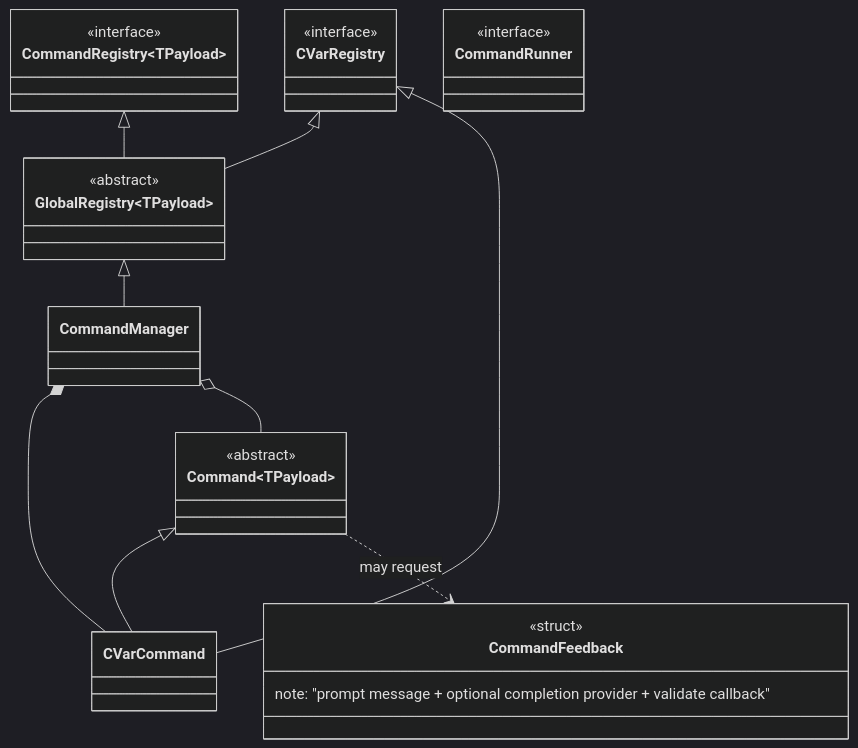
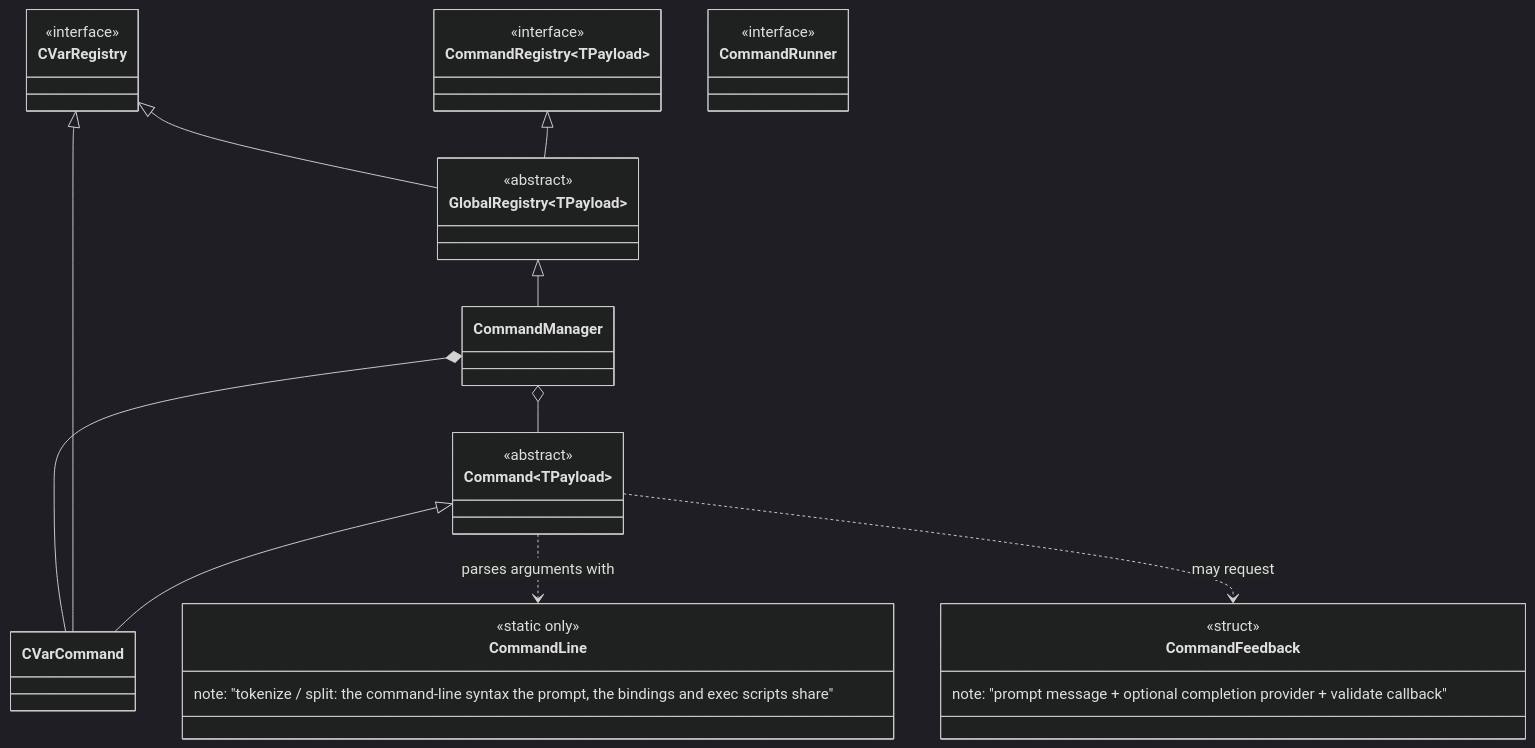
One commit to notnotme/bbloc changed the first of 10 diagrams in docs/class_diagram.md. Above: the diagram before and after it, drawn with Mermaid (dark theme). The commit also changed other lines of this file and 8 other files, not shown here.

````diff
--- a/docs/class_diagram.md
+++ b/docs/class_diagram.md
@@ -7,33 +7,38 @@
 ```mermaid
 classDiagram
     class Command~TPayload~ {
         <<abstract>>
     }
     class CommandRegistry~TPayload~ {
         <<interface>>
     }
     class CVarRegistry {
         <<interface>>
     }
     class GlobalRegistry~TPayload~ {
         <<abstract>>
     }
     class CommandRunner {
         <<interface>>
     }
     class CommandManager
+    class CommandLine {
+        <<static only>>
+        note: "tokenize / split: the command-line syntax the prompt, the bindings and exec scripts share"
+    }
     class CVarCommand
     class CommandFeedback {
         <<struct>>
         note: "prompt message + optional completion provider + validate callback"
     }
 
     CommandRegistry~TPayload~ <|-- GlobalRegistry~TPayload~
     CVarRegistry <|-- GlobalRegistry~TPayload~
     GlobalRegistry~TPayload~ <|-- CommandManager
     Command~TPayload~ <|-- CVarCommand
     CVarRegistry <|-- CVarCommand
     CommandManager *-- CVarCommand
     CommandManager o-- Command~TPayload~
+    Command~TPayload~ ..> CommandLine : parses arguments with
     Command~TPayload~ ..> CommandFeedback : may request
 ```
````
